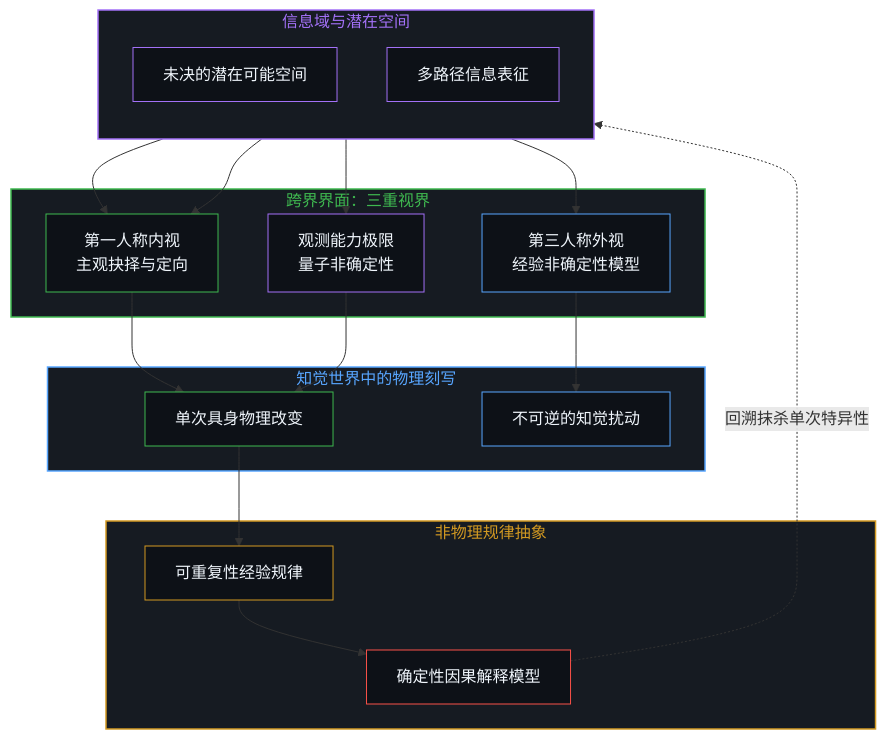
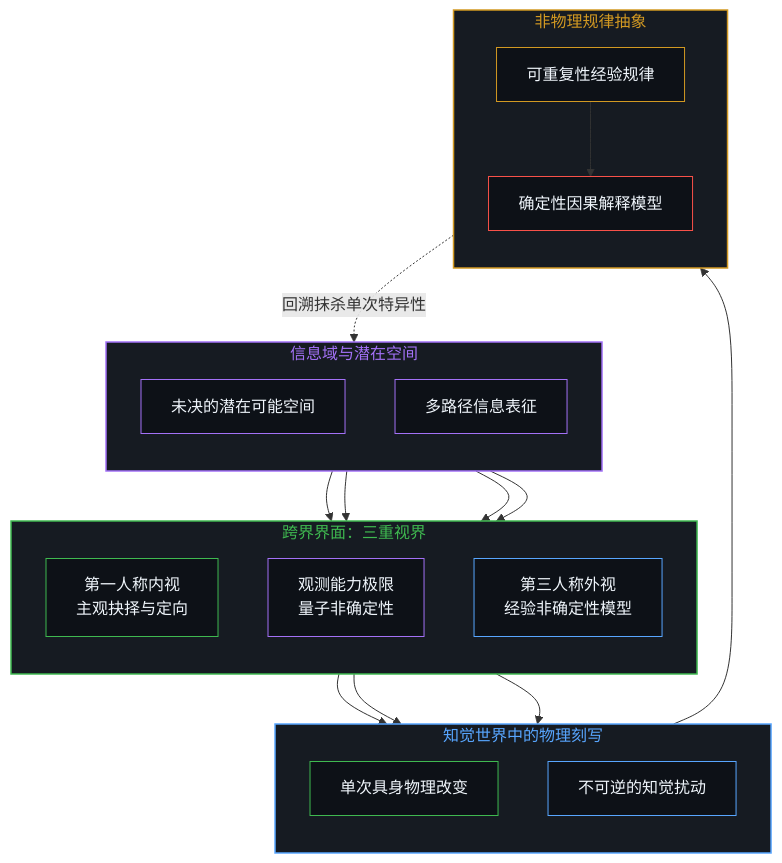
Before and after one commit to powerpig99/not-a-toe: the first of 2 diagrams in content/posts/the-boundary-crossing-of-choice.md, drawn with Mermaid. The commit also changed other lines of this file and 2 other files, not shown here.

Commit message:
Fix Post #348: enforce bilingual paragraph layout and clean Mermaid syntax

````diff
--- a/content/posts/the-boundary-crossing-of-choice.md
+++ b/content/posts/the-boundary-crossing-of-choice.md
@@ -19,53 +41,55 @@
 ```mermaid
-flowchart TD
-    direction TB
-    subgraph S_INFO["信息域与潜在空间"]
+graph TD
+    subgraph S_INFO ["信息域与潜在空间"]
         direction TB
         I1["未决的潜在可能空间"]
         I2["多路径信息表征"]
     end
 
-    subgraph S_INTERFACE["跨界界面：三重视界"]
+    subgraph S_INTERFACE ["跨界界面：三重视界"]
+        direction TB
         T_IN["第一人称内视<br/>主观抉择与定向"]
         T_LIMIT["观测能力极限<br/>量子非确定性"]
         T_OUT["第三人称外视<br/>经验非确定性模型"]
     end
 
-    subgraph S_PHYS["知觉世界中的物理刻写"]
+    subgraph S_PHYS ["知觉世界中的物理刻写"]
+        direction TB
         P1["单次具身物理改变"]
         P2["不可逆的知觉扰动"]
     end
 
-    subgraph S_ABSTRACT["非物理规律抽象"]
+    subgraph S_ABSTRACT ["非物理规律抽象"]
+        direction TB
         A1["可重复性经验规律"]
         A2["确定性因果解释模型"]
     end
 
     I1 --> T_IN
     I1 --> T_LIMIT
     I1 --> T_OUT
     I2 --> T_IN
 
     T_IN --> P1
     T_LIMIT --> P1
     T_OUT --> P2
 
     P1 --> A1
     A1 --> A2
     A2 -.->|"回溯抹杀单次特异性"| I1
 
     style S_INFO fill:#161b22,stroke:#a371f7,stroke-width:1.5px,color:#a371f7
     style S_INTERFACE fill:#161b22,stroke:#3fb950,stroke-width:1.5px,color:#3fb950
     style S_PHYS fill:#161b22,stroke:#58a6ff,stroke-width:1.5px,color:#58a6ff
     style S_ABSTRACT fill:#161b22,stroke:#d29922,stroke-width:1.5px,color:#d29922
 
     style I1 fill:#0d1117,stroke:#a371f7,stroke-width:1px,color:#f0f6fc
     style I2 fill:#0d1117,stroke:#a371f7,stroke-width:1px,color:#f0f6fc
     style T_IN fill:#0d1117,stroke:#3fb950,stroke-width:1px,color:#f0f6fc
     style T_LIMIT fill:#0d1117,stroke:#a371f7,stroke-width:1px,color:#f0f6fc
     style T_OUT fill:#0d1117,stroke:#58a6ff,stroke-width:1px,color:#f0f6fc
     style P1 fill:#0d1117,stroke:#3fb950,stroke-width:1px,color:#f0f6fc
     style P2 fill:#0d1117,stroke:#58a6ff,stroke-width:1px,color:#f0f6fc
     style A1 fill:#0d1117,stroke:#d29922,stroke-width:1px,color:#f0f6fc
     style A2 fill:#0d1117,stroke:#f85149,stroke-width:1px,color:#f0f6fc
 ```
````
